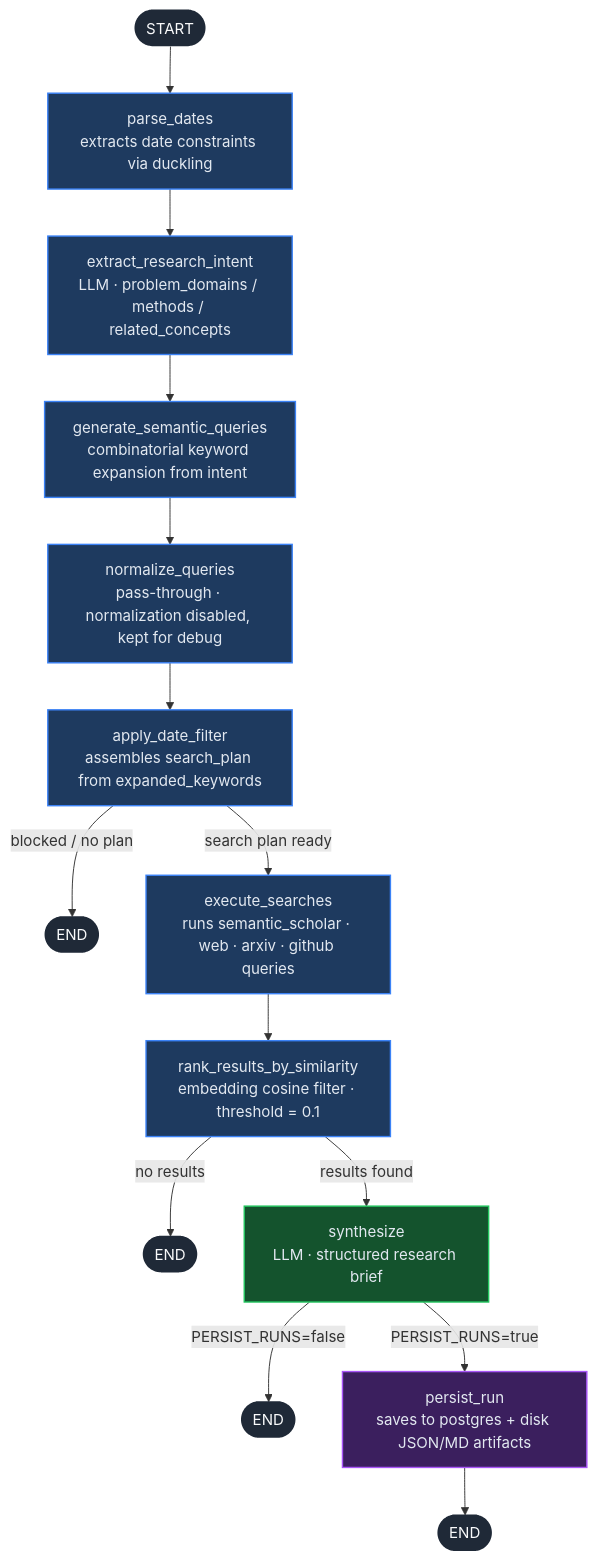
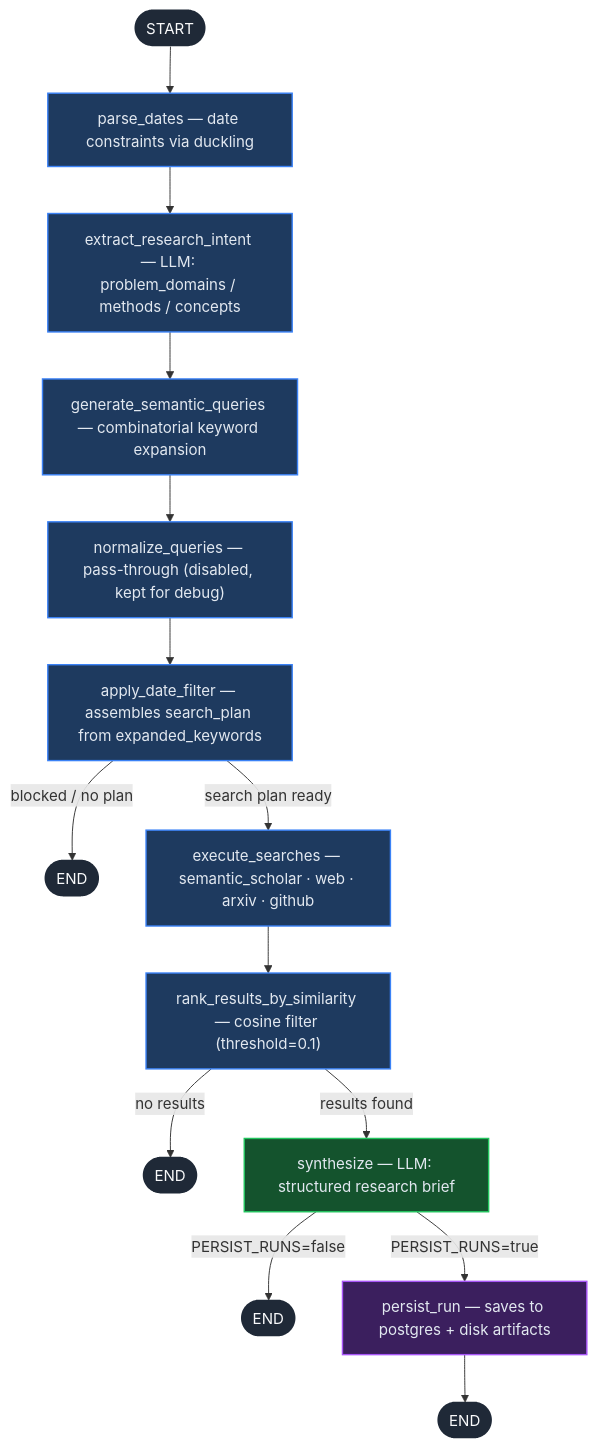
One commit to chrzanowski000/research-agent-platform changed the second of 2 diagrams in README.md. Above: the diagram before and after it, drawn with Mermaid. The commit also changed other lines of this file, not shown here.

Commit message:
update graph

````diff
--- a/README.md
+++ b/README.md
@@ -44,52 +44,52 @@
 ```mermaid
 flowchart TD
     START([START]) --> parse_dates
 
-    parse_dates["parse_dates<br/>extracts date constraints via duckling"]
+    parse_dates["parse_dates — date constraints via duckling"]
     parse_dates --> extract_research_intent
 
-    extract_research_intent["extract_research_intent<br/>LLM · problem_domains / methods / related_concepts"]
+    extract_research_intent["extract_research_intent — LLM: problem_domains / methods / concepts"]
     extract_research_intent --> generate_semantic_queries
 
-    generate_semantic_queries["generate_semantic_queries<br/>combinatorial keyword expansion from intent"]
+    generate_semantic_queries["generate_semantic_queries — combinatorial keyword expansion"]
     generate_semantic_queries --> normalize_queries
 
-    normalize_queries["normalize_queries<br/>pass-through · normalization disabled, kept for debug"]
+    normalize_queries["normalize_queries — pass-through (disabled, kept for debug)"]
     normalize_queries --> apply_date_filter
 
-    apply_date_filter["apply_date_filter<br/>assembles search_plan from expanded_keywords"]
+    apply_date_filter["apply_date_filter — assembles search_plan from expanded_keywords"]
 
     apply_date_filter -->|blocked / no plan| END1([END])
     apply_date_filter -->|search plan ready| execute_searches
 
-    execute_searches["execute_searches<br/>runs semantic_scholar · web · arxiv · github queries"]
+    execute_searches["execute_searches — semantic_scholar · web · arxiv · github"]
     execute_searches --> rank_results_by_similarity
 
-    rank_results_by_similarity["rank_results_by_similarity<br/>embedding cosine filter · threshold = 0.1"]
+    rank_results_by_similarity["rank_results_by_similarity — cosine filter (threshold=0.1)"]
 
     rank_results_by_similarity -->|no results| END2([END])
     rank_results_by_similarity -->|results found| synthesize
 
-    synthesize["synthesize<br/>LLM · structured research brief"]
+    synthesize["synthesize — LLM: structured research brief"]
 
     synthesize -->|PERSIST_RUNS=false| END3([END])
     synthesize -->|PERSIST_RUNS=true| persist_run
 
-    persist_run["persist_run<br/>saves to postgres + disk JSON/MD artifacts"]
+    persist_run["persist_run — saves to postgres + disk artifacts"]
     persist_run --> END4([END])
 
     style START fill:#1f2937,color:#f9fafb,stroke:none
     style END1 fill:#1f2937,color:#f9fafb,stroke:none
     style END2 fill:#1f2937,color:#f9fafb,stroke:none
     style END3 fill:#1f2937,color:#f9fafb,stroke:none
     style END4 fill:#1f2937,color:#f9fafb,stroke:none
     style parse_dates fill:#1e3a5f,color:#e2e8f0,stroke:#3b82f6,stroke-width:1.5px
     style extract_research_intent fill:#1e3a5f,color:#e2e8f0,stroke:#3b82f6,stroke-width:1.5px
     style generate_semantic_queries fill:#1e3a5f,color:#e2e8f0,stroke:#3b82f6,stroke-width:1.5px
     style normalize_queries fill:#1e3a5f,color:#e2e8f0,stroke:#3b82f6,stroke-width:1.5px
     style apply_date_filter fill:#1e3a5f,color:#e2e8f0,stroke:#3b82f6,stroke-width:1.5px
     style execute_searches fill:#1e3a5f,color:#e2e8f0,stroke:#3b82f6,stroke-width:1.5px
     style rank_results_by_similarity fill:#1e3a5f,color:#e2e8f0,stroke:#3b82f6,stroke-width:1.5px
     style synthesize fill:#14532d,color:#e2e8f0,stroke:#22c55e,stroke-width:1.5px
     style persist_run fill:#3b1f5e,color:#e2e8f0,stroke:#a855f7,stroke-width:1.5px
 ```
````
